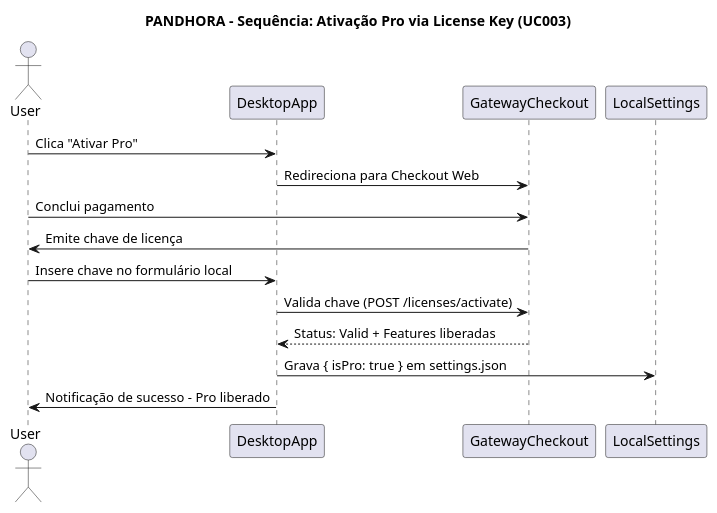
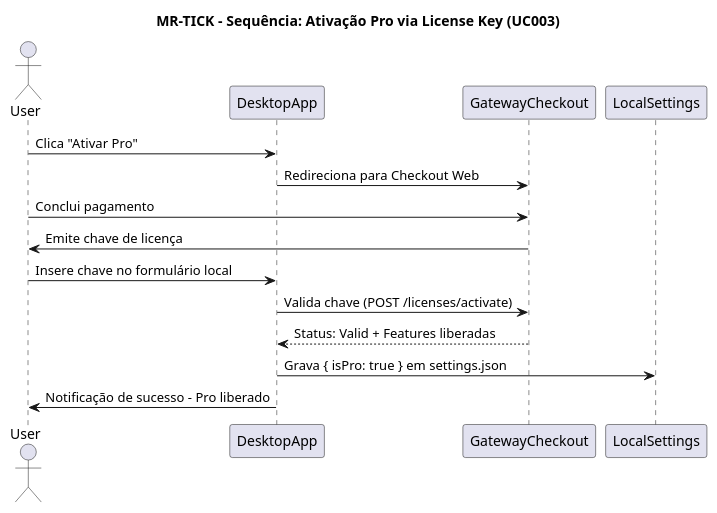
One commit to Gustavohps10/gamhora changed the diagram in docs/srs/diagrams/puml/uml/diagram-uml-004-sequence-payment.puml. Above: the diagram before and after it, drawn with PlantUML. The commit also changed 329 other files, not shown here.

```diff
--- a/docs/srs/diagrams/puml/uml/diagram-uml-004-sequence-payment.puml
+++ b/docs/srs/diagrams/puml/uml/diagram-uml-004-sequence-payment.puml
@@ -1,18 +1,18 @@
 @startuml SequencePayment
-title PANDHORA - Sequência: Ativação Pro via License Key (UC003)
+title MR-TICK - Sequência: Ativação Pro via License Key (UC003)
 actor User
 participant DesktopApp
 participant GatewayCheckout
 participant LocalSettings
 
 User -> DesktopApp: Clica "Ativar Pro"
 DesktopApp -> GatewayCheckout: Redireciona para Checkout Web
 User -> GatewayCheckout: Conclui pagamento
 GatewayCheckout -> User: Emite chave de licença
 
 User -> DesktopApp: Insere chave no formulário local
 DesktopApp -> GatewayCheckout: Valida chave (POST /licenses/activate)
 GatewayCheckout --> DesktopApp: Status: Valid + Features liberadas
 DesktopApp -> LocalSettings: Grava { isPro: true } em settings.json
 DesktopApp -> User: Notificação de sucesso - Pro liberado
 @enduml
```
